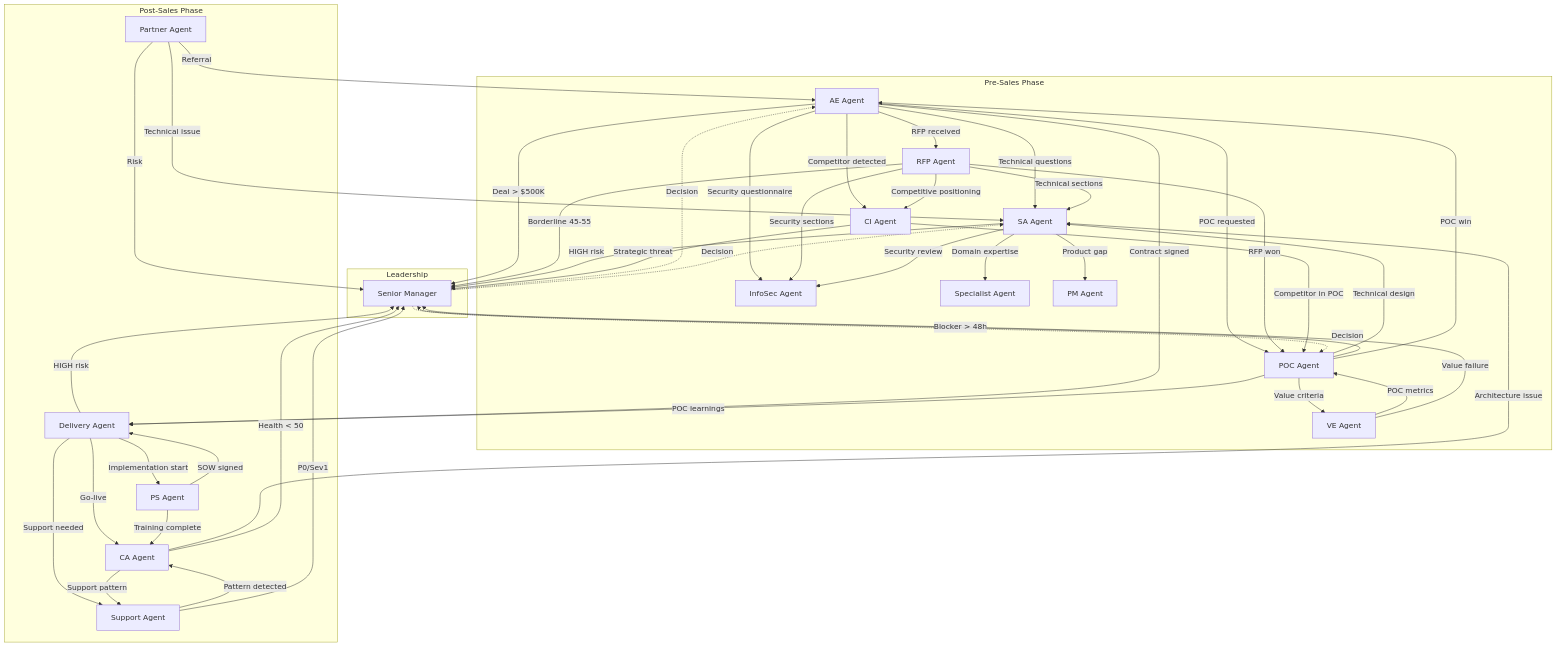
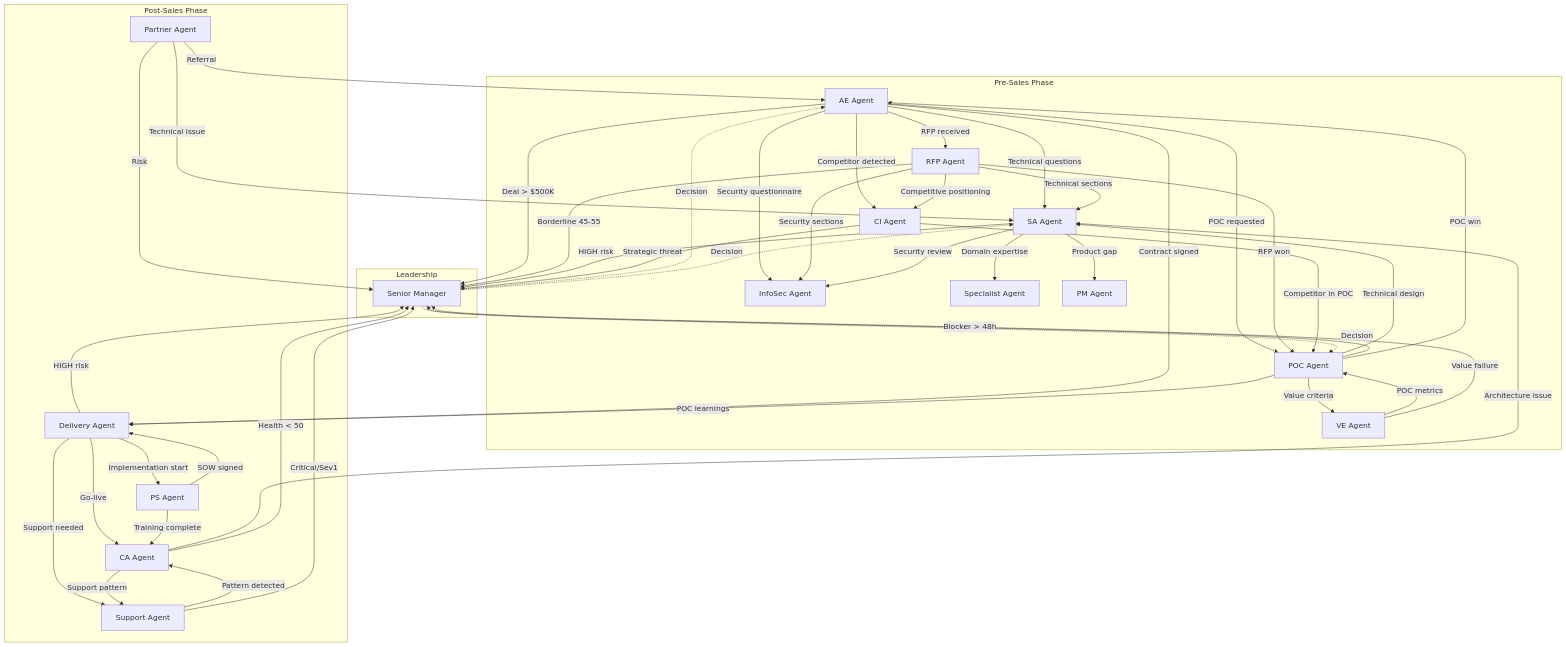
One commit to franktatjana/ea-agentic-lab changed the first of 6 diagrams in docs/architecture/agents/agent-handover-diagram.md. Above: the diagram before and after it, drawn with Mermaid. The commit also changed other lines of this file and 127 other files, not shown here.

```diff
--- a/docs/architecture/agents/agent-handover-diagram.md
+++ b/docs/architecture/agents/agent-handover-diagram.md
@@ -93,7 +93,7 @@
     CA -->|Support pattern| SUPPORT
 
     SUPPORT -->|Pattern detected| CA
-    SUPPORT -->|P0/Sev1| SM
+    SUPPORT -->|Critical/Sev1| SM
 
     PARTNER -->|Referral| AE
     PARTNER -->|Technical issue| SA
```
